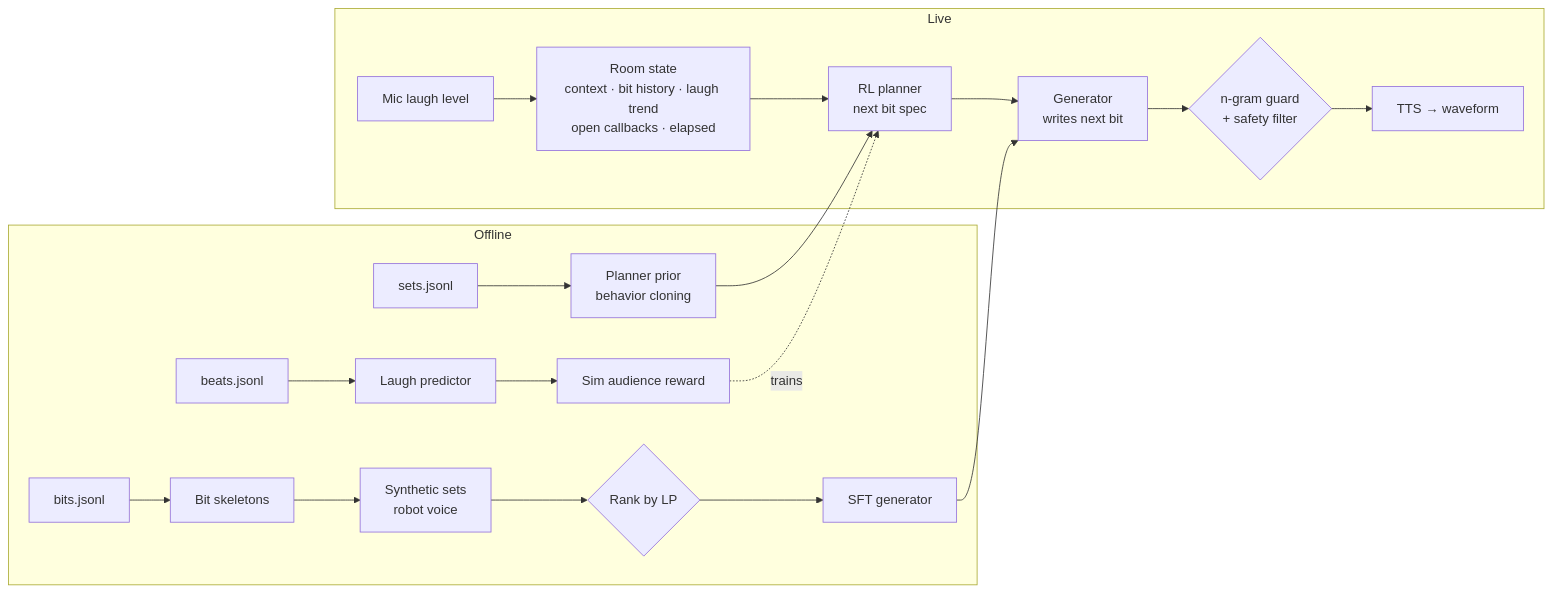
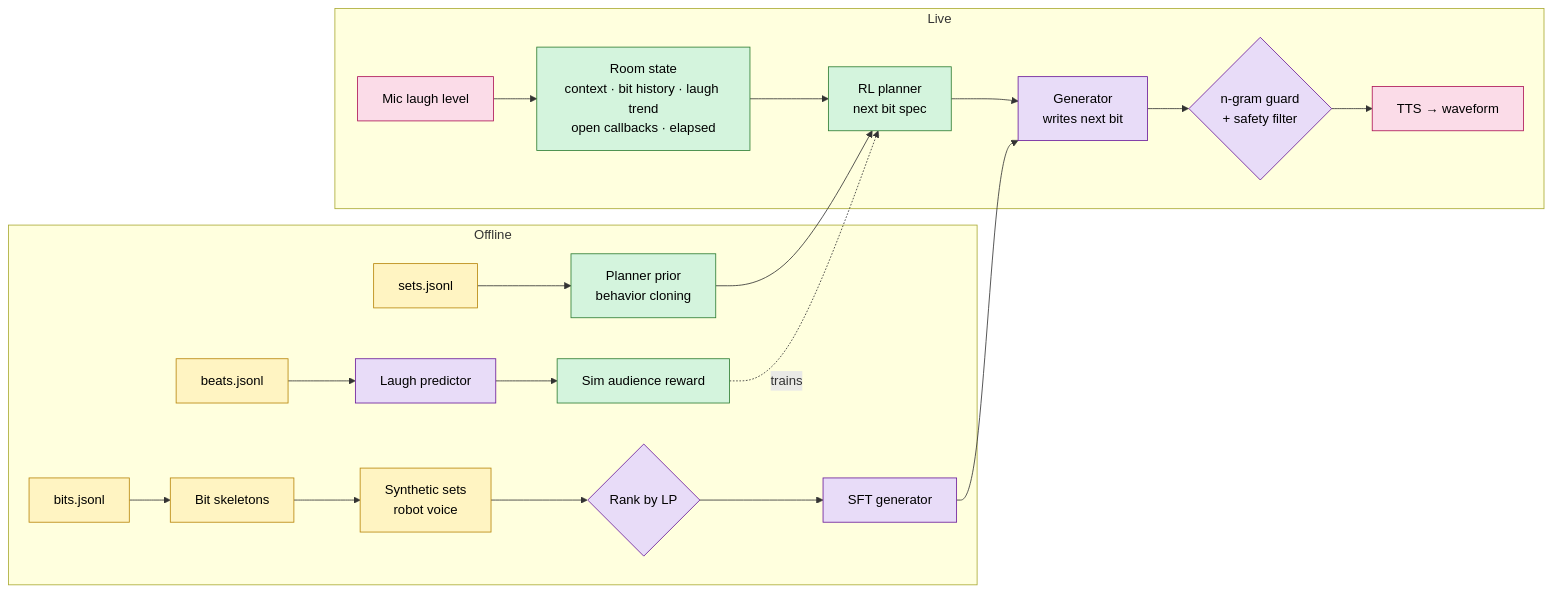
Before and after one commit to Panreta/humor-me: the second of 2 diagrams in docs/pipeline.md, drawn with Mermaid. The commit also changed other lines of this file and 4 other files, not shown here.

First line of the commit message:
Colour every diagram by component type, not just the study guide's

````diff
--- a/docs/pipeline.md
+++ b/docs/pipeline.md
@@ -32,19 +43,28 @@
 ```mermaid
 %%{init: {"theme": "default"}}%%
 flowchart LR
     subgraph Offline
         BEATS[beats.jsonl] --> LP[Laugh predictor]
         BITS[bits.jsonl] --> SK[Bit skeletons]
         SETS[sets.jsonl] --> BC[Planner prior<br/>behavior cloning]
         SK --> SYN[Synthetic sets<br/>robot voice] --> RANK{Rank by LP} --> SFT[SFT generator]
         LP --> SIM[Sim audience reward]
     end
     subgraph Live
         ROOM[Room state<br/>context · bit history · laugh trend<br/>open callbacks · elapsed] --> PL[RL planner<br/>next bit spec]
         PL --> GEN[Generator<br/>writes next bit] --> GUARD{n-gram guard<br/>+ safety filter} --> TTS[TTS → waveform]
         MIC[Mic laugh level] --> ROOM
     end
     BC --> PL
     SIM -. trains .-> PL
     SFT --> GEN
+
+    classDef data fill:#fff4c2,stroke:#b8860b,color:#000
+    classDef model fill:#e8dcf8,stroke:#6a1b9a,color:#000
+    classDef rl fill:#d4f4dd,stroke:#2e7d32,color:#000
+    classDef ui fill:#fbdce8,stroke:#ad1457,color:#000
+    class BEATS,BITS,SETS,SK,SYN data
+    class LP,RANK,SFT,GEN,GUARD model
+    class BC,SIM,ROOM,PL rl
+    class TTS,MIC ui
 ```
````
